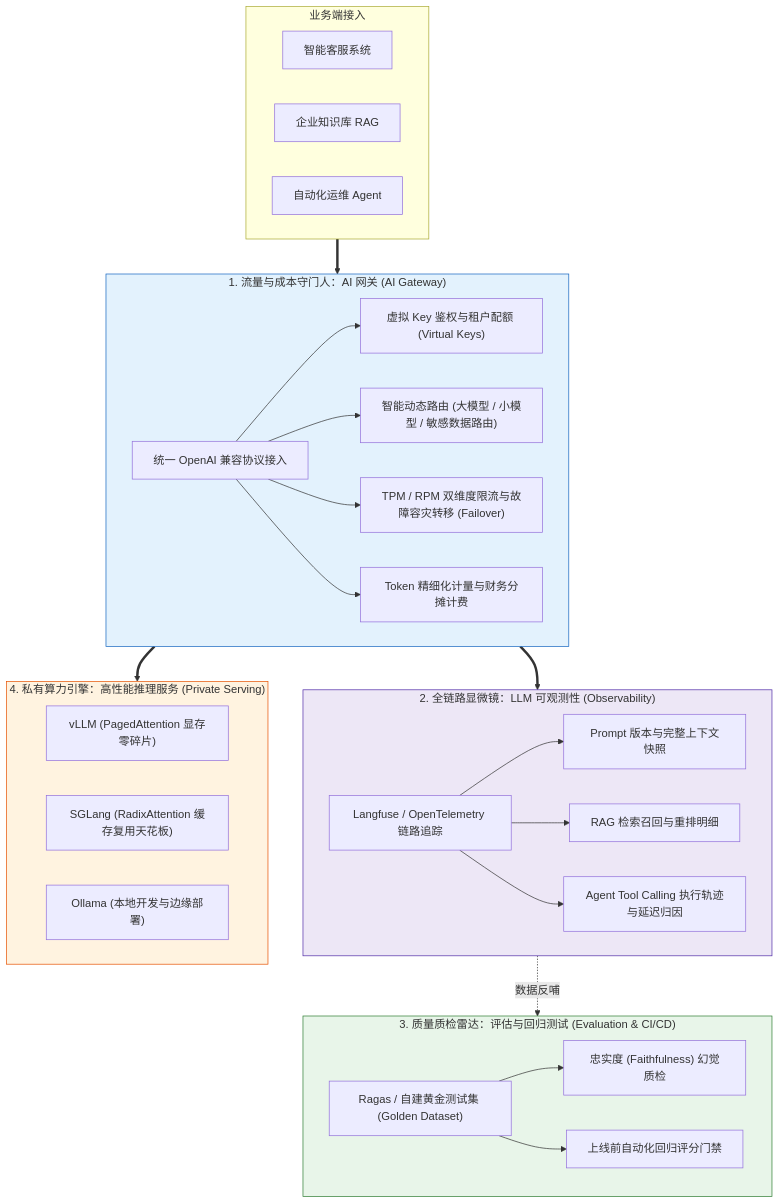
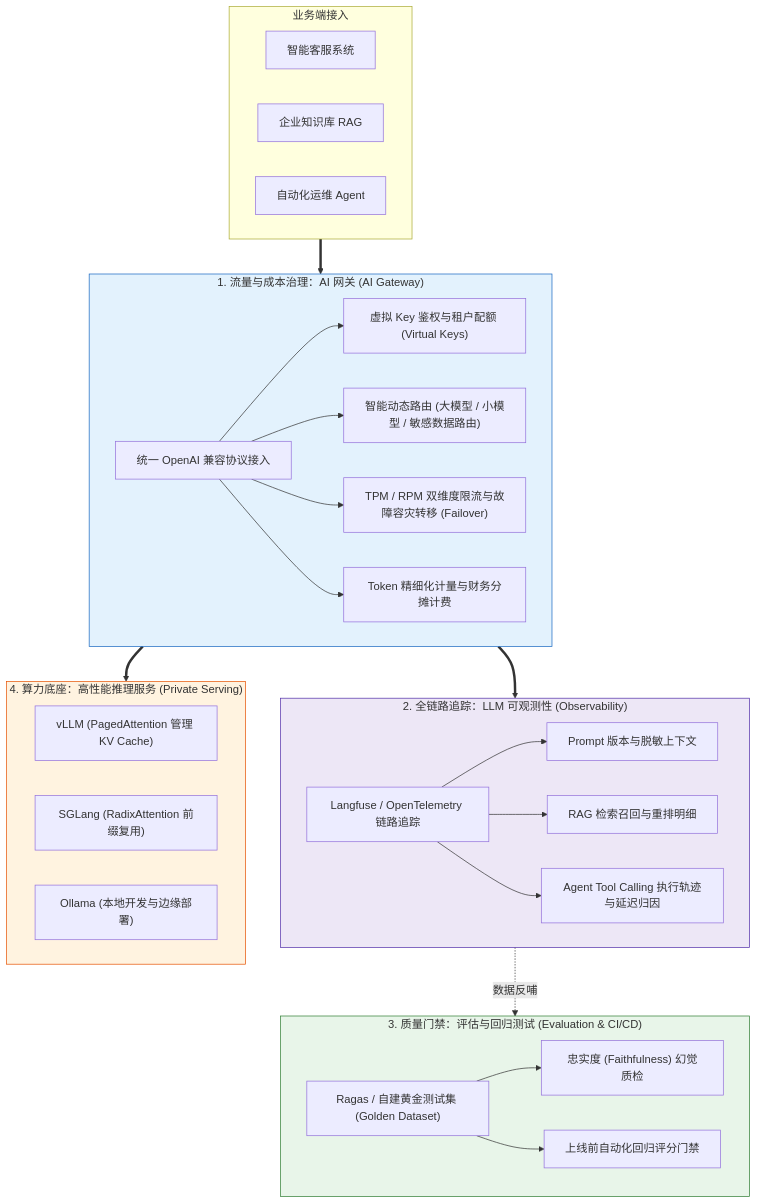
Before and after one commit to GuoWWWX/knowledge-base: the first of 3 diagrams in 10-AI应用开发/06-平台与工程化/00-AI平台与工程化全景心智模型.md, drawn with Mermaid. The commit also changed other lines of this file and 251 other files, not shown here.

````diff
--- a/10-AI应用开发/06-平台与工程化/00-AI平台与工程化全景心智模型.md
+++ b/10-AI应用开发/06-平台与工程化/00-AI平台与工程化全景心智模型.md
@@ -43,45 +31,45 @@
 ```mermaid
 graph TD
     subgraph Client["业务端接入"]
         App1["智能客服系统"]
         App2["企业知识库 RAG"]
         App3["自动化运维 Agent"]
     end
 
-    subgraph Gateway["1. 流量与成本守门人：AI 网关 (AI Gateway)"]
+    subgraph Gateway["1. 流量与成本治理：AI 网关 (AI Gateway)"]
         GW["统一 OpenAI 兼容协议接入"]
         GW --> Auth["虚拟 Key 鉴权与租户配额 (Virtual Keys)"]
         GW --> Route["智能动态路由 (大模型 / 小模型 / 敏感数据路由)"]
         GW --> Limit["TPM / RPM 双维度限流与故障容灾转移 (Failover)"]
         GW --> Cost["Token 精细化计量与财务分摊计费"]
     end
 
-    subgraph Observe["2. 全链路显微镜：LLM 可观测性 (Observability)"]
+    subgraph Observe["2. 全链路追踪：LLM 可观测性 (Observability)"]
         Track["Langfuse / OpenTelemetry 链路追踪"]
-        Track --> Span1["Prompt 版本与完整上下文快照"]
+        Track --> Span1["Prompt 版本与脱敏上下文"]
         Track --> Span2["RAG 检索召回与重排明细"]
         Track --> Span3["Agent Tool Calling 执行轨迹与延迟归因"]
     end
 
-    subgraph Eval["3. 质量质检雷达：评估与回归测试 (Evaluation & CI/CD)"]
+    subgraph Eval["3. 质量门禁：评估与回归测试 (Evaluation & CI/CD)"]
         Ragas["Ragas / 自建黄金测试集 (Golden Dataset)"]
         Ragas --> Metric1["忠实度 (Faithfulness) 幻觉质检"]
         Ragas --> Metric2["上线前自动化回归评分门禁"]
     end
 
-    subgraph Infra["4. 私有算力引擎：高性能推理服务 (Private Serving)"]
-        vLLM["vLLM (PagedAttention 显存零碎片)"]
-        SGLang["SGLang (RadixAttention 缓存复用天花板)"]
+    subgraph Infra["4. 算力底座：高性能推理服务 (Private Serving)"]
+        vLLM["vLLM (PagedAttention 管理 KV Cache)"]
+        SGLang["SGLang (RadixAttention 前缀复用)"]
         Ollama["Ollama (本地开发与边缘部署)"]
     end
 
     Client ==> Gateway
     Gateway ==> Observe
     Gateway ==> Infra
     Observe -.数据反哺.-> Eval
 
     style Gateway fill:#e3f2fd,stroke:#1565c0,stroke-width:1px
     style Observe fill:#ede7f6,stroke:#512da8,stroke-width:1px
     style Eval fill:#e8f5e9,stroke:#2e7d32,stroke-width:1px
     style Infra fill:#fff3e0,stroke:#e65100,stroke-width:1px
 ```
````
